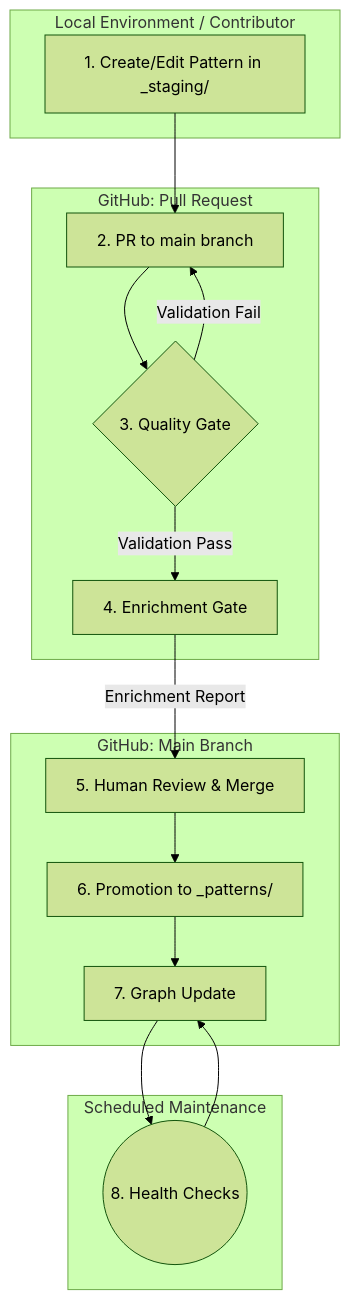
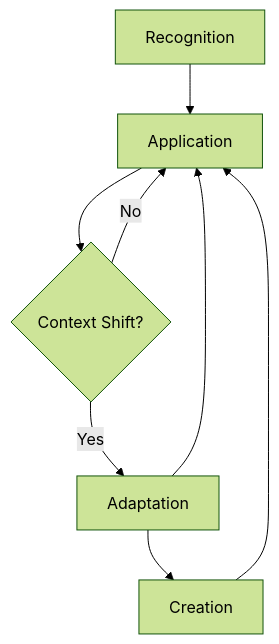
Before and after one commit to Commons-OS/patterns: the diagram in ARCHITECTURE.md, drawn with Mermaid (forest theme). The commit also changed other lines of this file and 7 other files, not shown here.

````diff
--- a/ARCHITECTURE.md
+++ b/ARCHITECTURE.md
@@ -29,32 +33,10 @@
 ```mermaid
 graph TD
-    subgraph "Local Environment / Contributor"
-        A[1. Create/Edit Pattern in _staging/]
-    end
-
-    subgraph "GitHub: Pull Request"
-        B[2. PR to main branch]
-        C{3. Quality Gate}
-        D[4. Enrichment Gate]
-    end
-
-    subgraph "GitHub: Main Branch"
-        E[5. Human Review & Merge]
-        F[6. Promotion to _patterns/]
-        G[7. Graph Update]
-    end
-
-    subgraph "Scheduled Maintenance"
-        H((8. Health Checks))
-    end
-
-    A --> B
-    B --> C
-    C -- Validation Pass --> D
-    C -- Validation Fail --> B
-    D -- Enrichment Report --> E
-    E --> F
-    F --> G
-    G --> H
-    H --> G
+    A[Recognition] --> B[Application]
+    B --> C{Context Shift?}
+    C -- No --> B
+    C -- Yes --> D[Adaptation]
+    D --> B
+    D --> E[Creation]
+    E --> B
 ```
````
